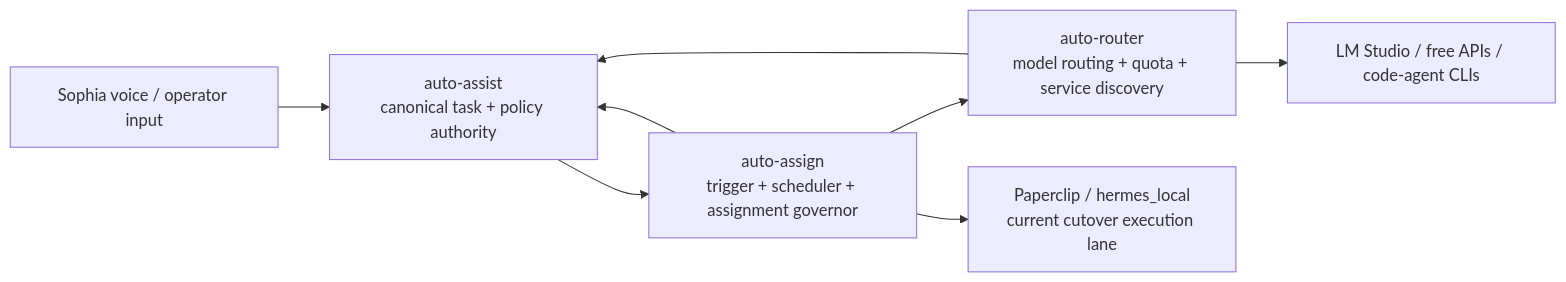
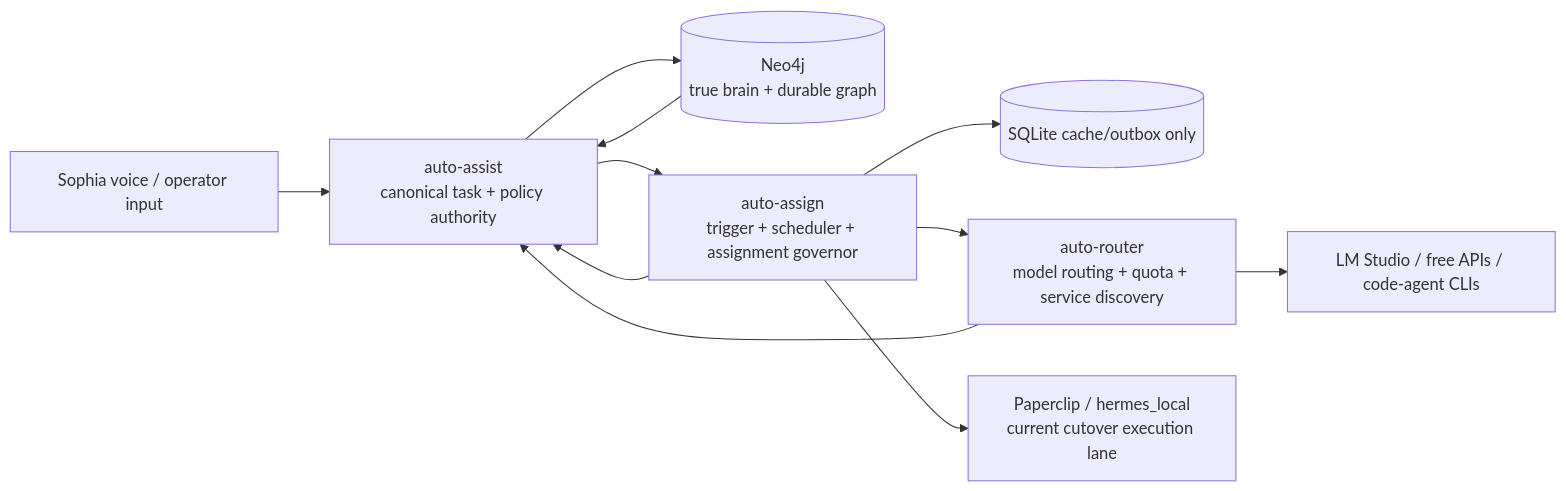
Before and after one commit to scottjoyner/auto-assign: the first of 2 diagrams in README.md, drawn with Mermaid. The commit also changed other lines of this file, not shown here.

Commit message:
docs: clarify Neo4j is source of truth and SQLite is cache

````diff
--- a/README.md
+++ b/README.md
@@ -13,10 +15,13 @@
 ```mermaid
 flowchart LR
     Sophia[Sophia voice / operator input] --> AssistX[auto-assist\ncanonical task + policy authority]
+    AssistX --> Brain[(Neo4j\ntrue brain + durable graph)]
+    Brain --> AssistX
     AssistX --> Assign[auto-assign\ntrigger + scheduler + assignment governor]
+    Assign --> Cache[(SQLite cache/outbox only)]
     Assign --> Router[auto-router\nmodel routing + quota + service discovery]
     Router --> Models[LM Studio / free APIs / code-agent CLIs]
     Assign --> Paperclip[Paperclip / hermes_local\ncurrent cutover execution lane]
     Assign --> AssistX
     Router --> AssistX
 ```
````
